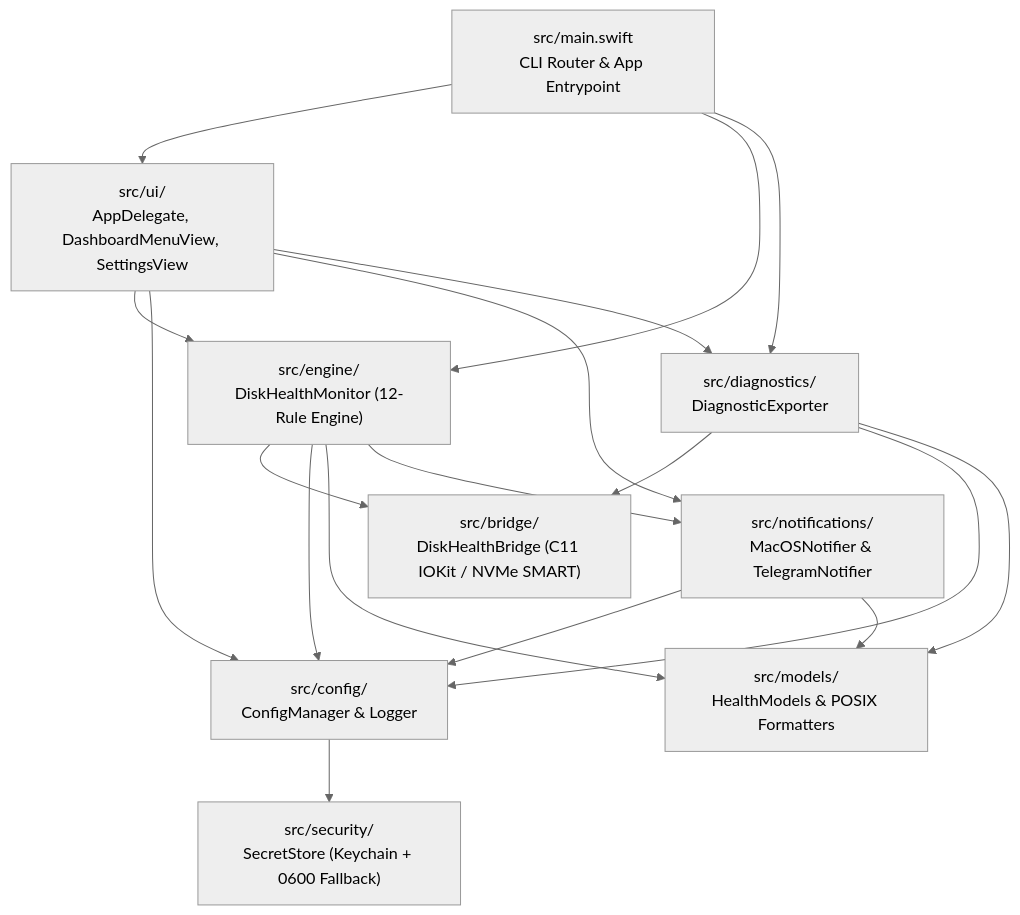
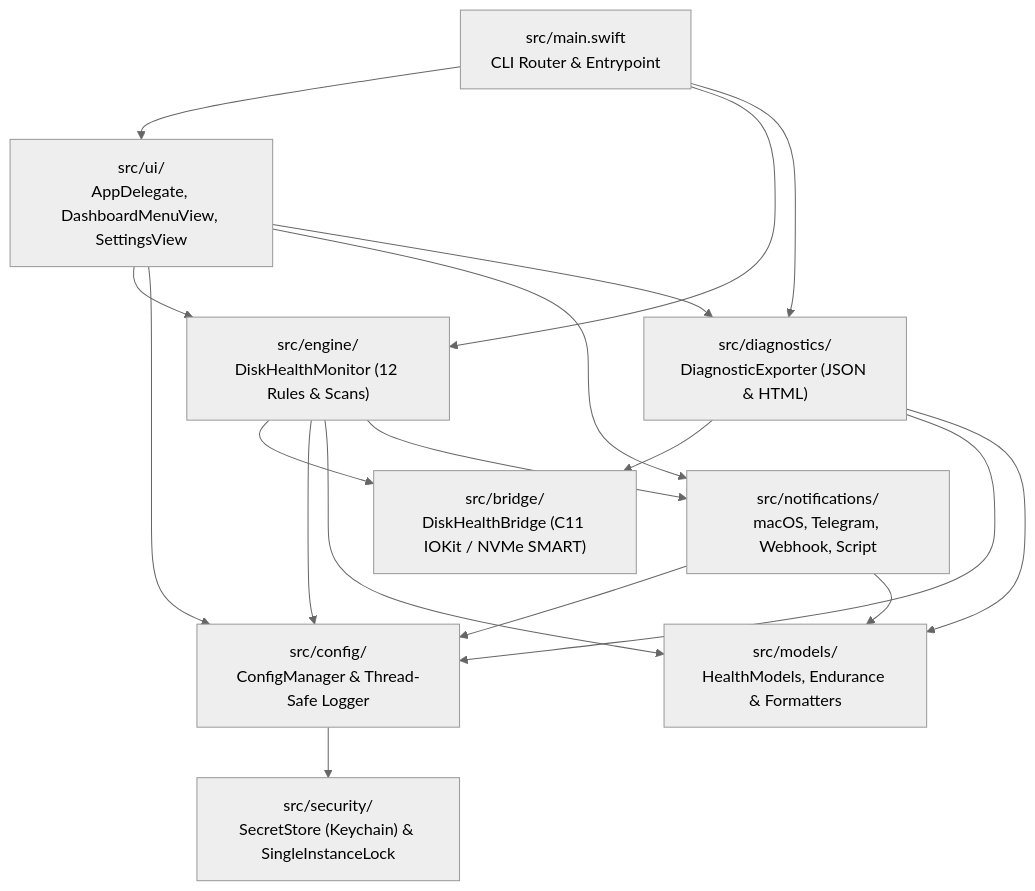
One commit to nikoskoutr/disk-health-monitor changed the diagram in src/README.md. Above: the diagram before and after it, drawn with Mermaid (neutral theme). The commit also changed other lines of this file and 13 other files, not shown here.

````diff
--- a/src/README.md
+++ b/src/README.md
@@ -9,30 +9,30 @@
 ```mermaid
 flowchart TD
-    Main["src/main.swift<br/>CLI Router & App Entrypoint"]
+    Main["src/main.swift<br/>CLI Router & Entrypoint"]
     UI["src/ui/<br/>AppDelegate, DashboardMenuView, SettingsView"]
-    Engine["src/engine/<br/>DiskHealthMonitor (12-Rule Engine)"]
-    Diag["src/diagnostics/<br/>DiagnosticExporter"]
-    Notif["src/notifications/<br/>MacOSNotifier & TelegramNotifier"]
-    Config["src/config/<br/>ConfigManager & Logger"]
-    Security["src/security/<br/>SecretStore (Keychain + 0600 Fallback)"]
-    Models["src/models/<br/>HealthModels & POSIX Formatters"]
+    Engine["src/engine/<br/>DiskHealthMonitor (12 Rules & Scans)"]
+    Diag["src/diagnostics/<br/>DiagnosticExporter (JSON & HTML)"]
+    Notif["src/notifications/<br/>macOS, Telegram, Webhook, Script"]
+    Config["src/config/<br/>ConfigManager & Thread-Safe Logger"]
+    Security["src/security/<br/>SecretStore (Keychain) & SingleInstanceLock"]
+    Models["src/models/<br/>HealthModels, Endurance & Formatters"]
     Bridge["src/bridge/<br/>DiskHealthBridge (C11 IOKit / NVMe SMART)"]
 
     Main --> UI
     Main --> Engine
     Main --> Diag
     UI --> Engine
     UI --> Config
     UI --> Notif
     UI --> Diag
     Engine --> Bridge
     Engine --> Config
     Engine --> Models
     Engine --> Notif
     Diag --> Bridge
     Diag --> Config
     Diag --> Models
     Notif --> Config
     Notif --> Models
     Config --> Security
 ```
````
